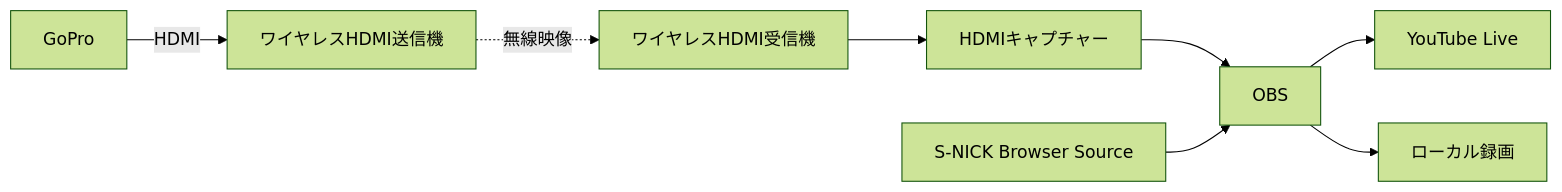
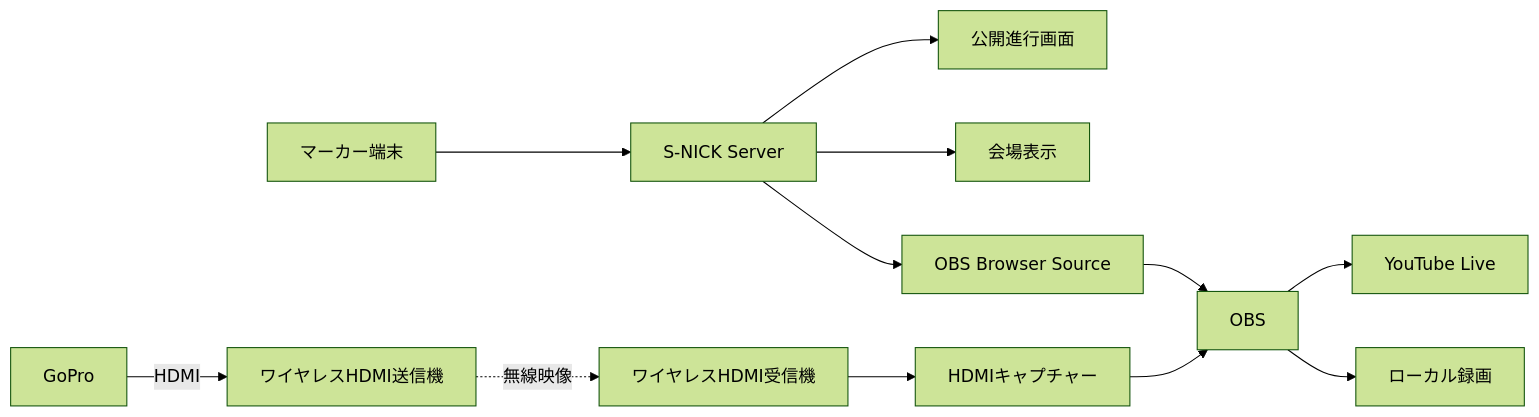
Before and after one commit to Miraisosha/S-NICK-Platform: the diagram in docs/04_live-streaming.md, drawn with Mermaid (forest theme). The commit also changed other lines of this file and 33 other files, not shown here.

````diff
--- a/docs/04_live-streaming.md
+++ b/docs/04_live-streaming.md
@@ -11,10 +31,14 @@
 ```mermaid
 flowchart LR
+    Marker["マーカー端末"] --> SNICK["S-NICK Server"]
+    SNICK --> Public["公開進行画面"]
+    SNICK --> Display["会場表示"]
+    SNICK --> Overlay["OBS Browser Source"]
     GoPro["GoPro"] -->|HDMI| TX["ワイヤレスHDMI送信機"]
     TX -. 無線映像 .-> RX["ワイヤレスHDMI受信機"]
     RX --> Capture["HDMIキャプチャー"]
     Capture --> OBS["OBS"]
-    SNICK["S-NICK Browser Source"] --> OBS
+    Overlay --> OBS
     OBS --> YouTube["YouTube Live"]
     OBS --> Recording["ローカル録画"]
 ```
````
